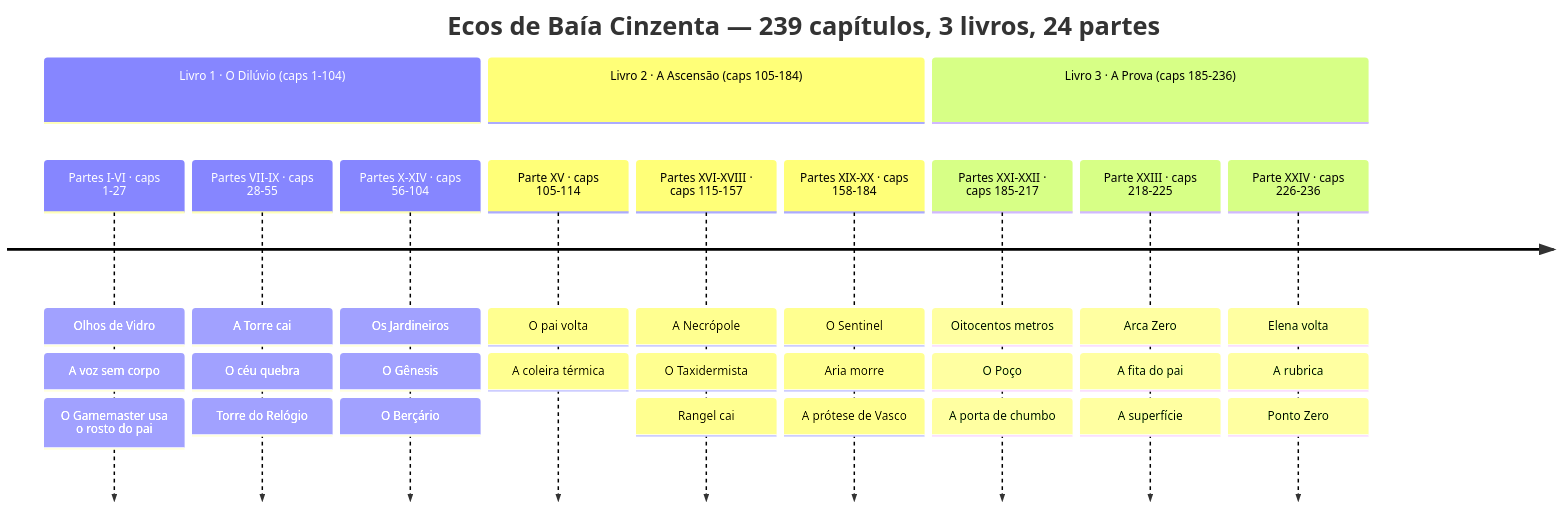
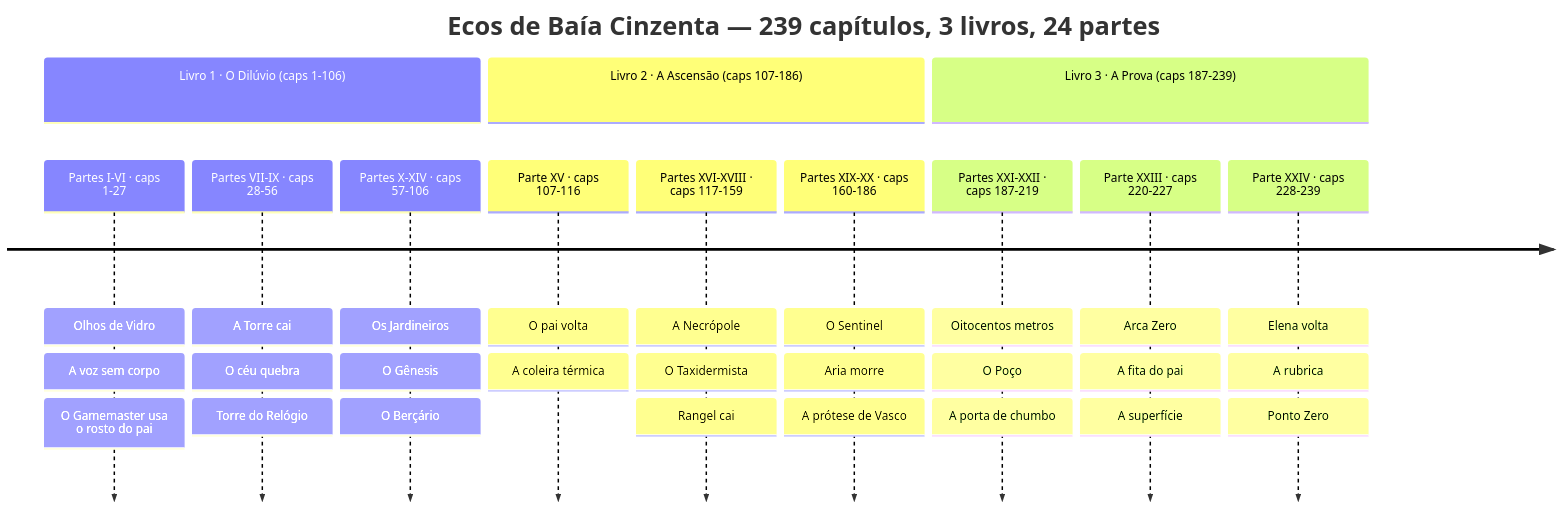
Before and after one commit to juninmd/ecos-de-baia-cinzenta: the first of 4 diagrams in docs/arcos.md, drawn with Mermaid. The commit also changed other lines of this file and 666 other files, not shown here.

````diff
--- a/docs/arcos.md
+++ b/docs/arcos.md
@@ -15,16 +15,16 @@
 ```mermaid
 timeline
     title Ecos de Baía Cinzenta — 239 capítulos, 3 livros, 24 partes
-    section Livro 1 · O Dilúvio (caps 1-104)
+    section Livro 1 · O Dilúvio (caps 1-106)
         Partes I-VI · caps 1-27 : Olhos de Vidro : A voz sem corpo : O Gamemaster usa o rosto do pai
-        Partes VII-IX · caps 28-55 : A Torre cai : O céu quebra : Torre do Relógio
-        Partes X-XIV · caps 56-104 : Os Jardineiros : O Gênesis : O Berçário
-    section Livro 2 · A Ascensão (caps 105-184)
-        Parte XV · caps 105-114 : O pai volta : A coleira térmica
-        Partes XVI-XVIII · caps 115-157 : A Necrópole : O Taxidermista : Rangel cai
-        Partes XIX-XX · caps 158-184 : O Sentinel : Aria morre : A prótese de Vasco
-    section Livro 3 · A Prova (caps 185-236)
-        Partes XXI-XXII · caps 185-217 : Oitocentos metros : O Poço : A porta de chumbo
-        Parte XXIII · caps 218-225 : Arca Zero : A fita do pai : A superfície
-        Parte XXIV · caps 226-236 : Elena volta : A rubrica : Ponto Zero
+        Partes VII-IX · caps 28-56 : A Torre cai : O céu quebra : Torre do Relógio
+        Partes X-XIV · caps 57-106 : Os Jardineiros : O Gênesis : O Berçário
+    section Livro 2 · A Ascensão (caps 107-186)
+        Parte XV · caps 107-116 : O pai volta : A coleira térmica
+        Partes XVI-XVIII · caps 117-159 : A Necrópole : O Taxidermista : Rangel cai
+        Partes XIX-XX · caps 160-186 : O Sentinel : Aria morre : A prótese de Vasco
+    section Livro 3 · A Prova (caps 187-239)
+        Partes XXI-XXII · caps 187-219 : Oitocentos metros : O Poço : A porta de chumbo
+        Parte XXIII · caps 220-227 : Arca Zero : A fita do pai : A superfície
+        Parte XXIV · caps 228-239 : Elena volta : A rubrica : Ponto Zero
 ```
````
